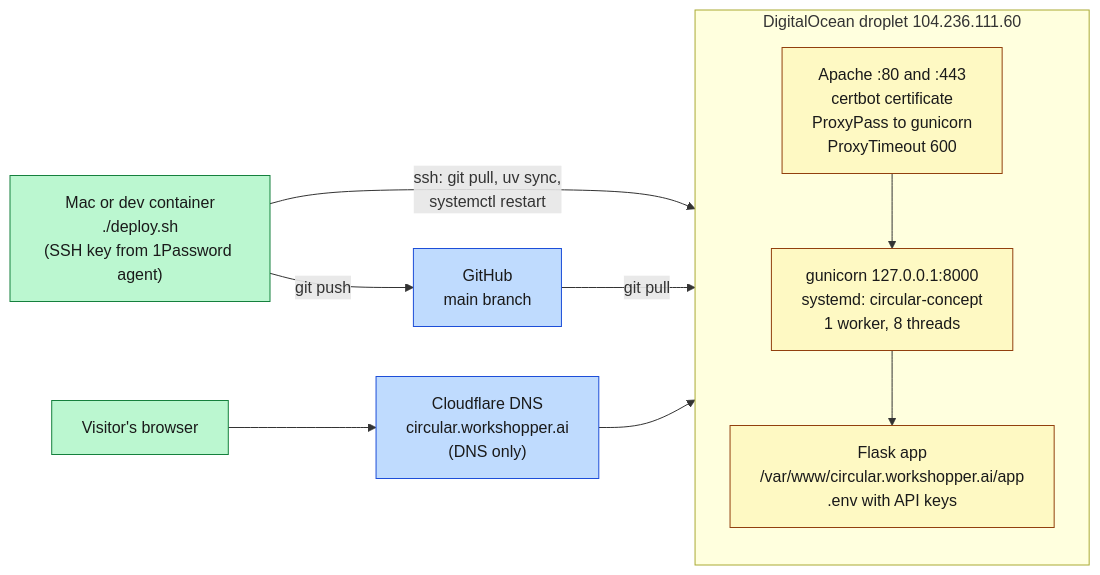
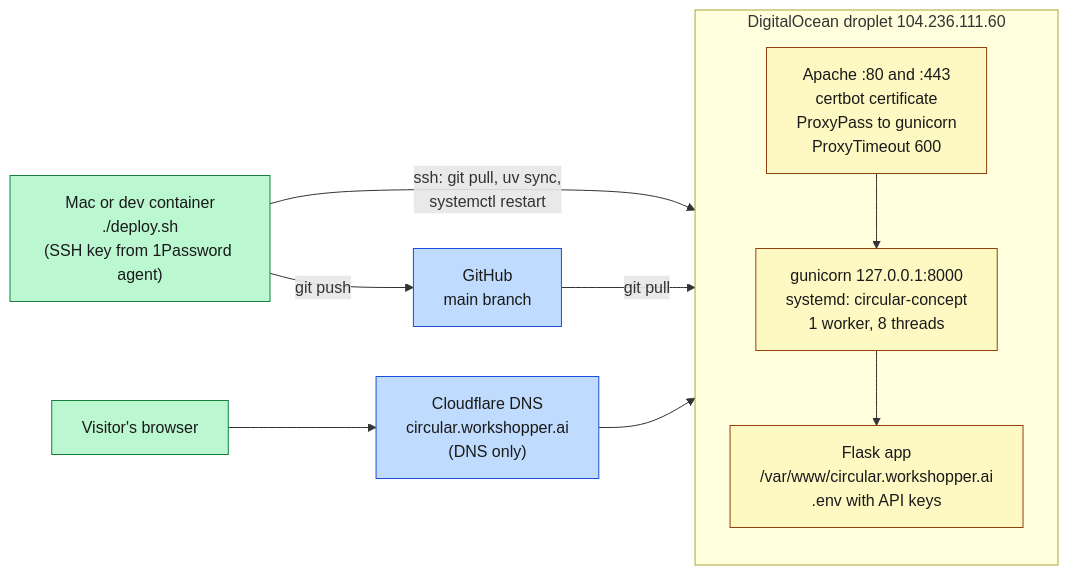
One commit to dscamahorn/circular-concept changed the second of 3 diagrams in docs/architecture.md. Above: the diagram before and after it, drawn with Mermaid. The commit also changed 5 other files, not shown here.

````diff
--- a/docs/architecture.md
+++ b/docs/architecture.md
@@ -93,24 +93,24 @@
 ```mermaid
 flowchart LR
     classDef local fill:#bbf7d0,stroke:#15803d,color:#1a1a1a
     classDef edge  fill:#bfdbfe,stroke:#1d4ed8,color:#1a1a1a
     classDef box   fill:#fef9c3,stroke:#92400e,color:#1a1a1a
 
     Dev["Mac or dev container\n./deploy.sh\n(SSH key from 1Password agent)"]:::local
     GitHub["GitHub\nmain branch"]:::edge
     Browser["Visitor's browser"]:::local
     Cloudflare["Cloudflare DNS\ncircular.workshopper.ai\n(DNS only)"]:::edge
 
     subgraph Droplet["DigitalOcean droplet 104.236.111.60"]
         direction TB
         Apache["Apache :80 and :443\ncertbot certificate\nProxyPass to gunicorn\nProxyTimeout 600"]:::box
         Gunicorn["gunicorn 127.0.0.1:8000\nsystemd: circular-concept\n1 worker, 8 threads"]:::box
-        App["Flask app\n/var/www/circular.workshopper.ai/app\n.env with API keys"]:::box
+        App["Flask app\n/var/www/circular.workshopper.ai\n.env with API keys"]:::box
         Apache --> Gunicorn --> App
     end
 
     Dev -->|"git push"| GitHub
     Dev -->|"ssh: git pull, uv sync,\nsystemctl restart"| App
     GitHub -->|"git pull"| App
     Browser --> Cloudflare --> Apache
 ```
````
